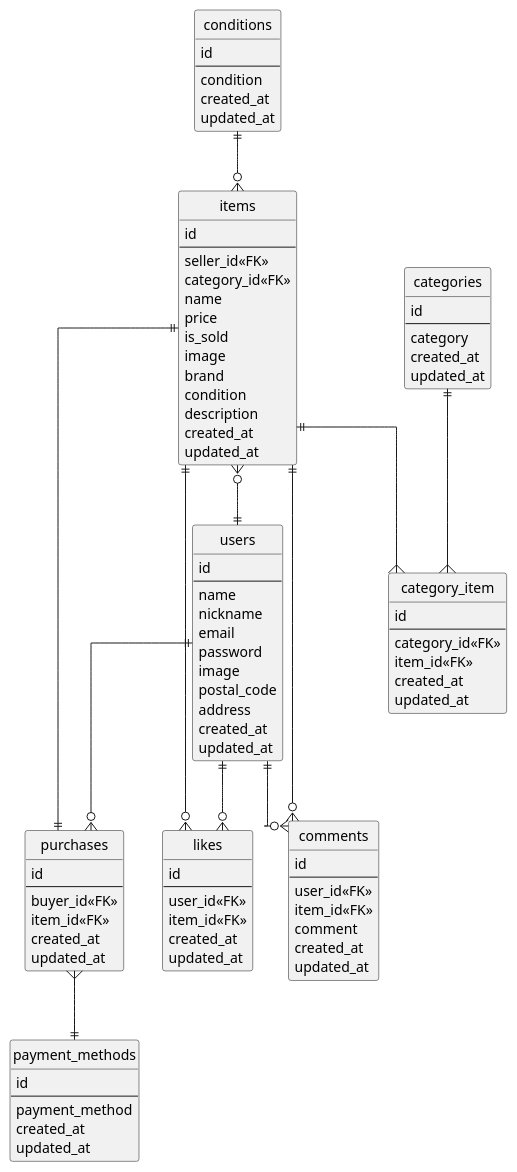
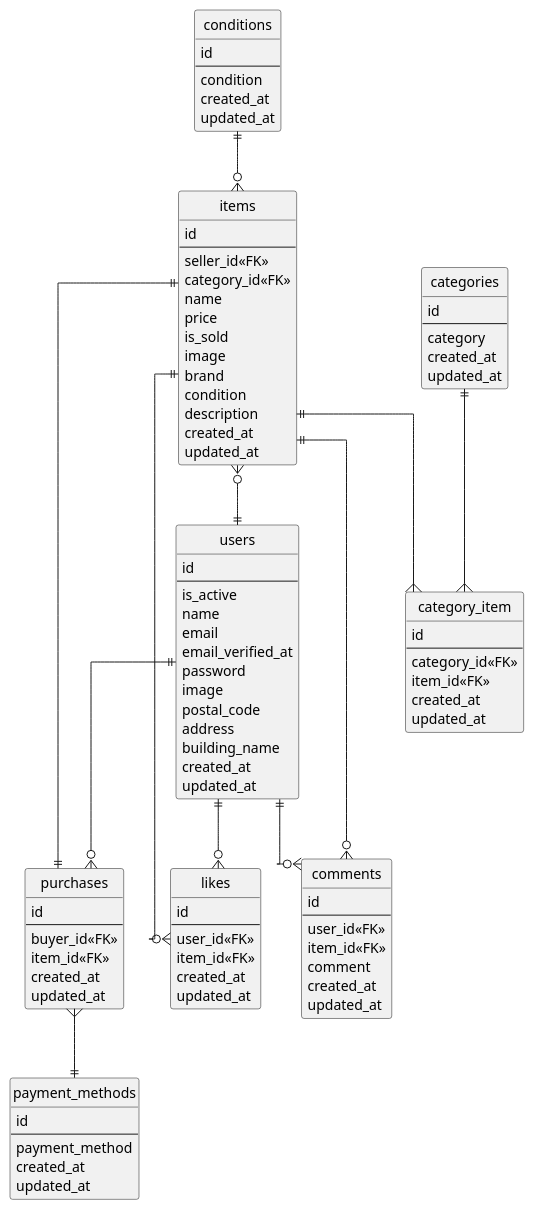
One commit to Atsu-su/carmeri changed the diagram in img/carmeri.plantuml. Above: the diagram before and after it, drawn with PlantUML. The commit also changed 30 other files, not shown here.

```diff
--- a/img/carmeri.plantuml
+++ b/img/carmeri.plantuml
@@ -1,111 +1,113 @@
 @startuml carmeri
 ' hide the spot
 hide circle
 
 ' avoid problems with angled crows feet
 skinparam linetype ortho
 
 entity "users" as users {
   id
   --
+  is_active
   name
-  nickname
   email
+  email_verified_at
   password
   image
   postal_code
   address
+  building_name
   created_at
   updated_at
 }
 
 entity "categories" as categories {
   id
   --
   category
   created_at
   updated_at
 }
 
 entity "conditions" as conditions {
   id
   --
   condition
   created_at
   updated_at
 }
 
 entity "category_item" as category_item {
   id
   --
   category_id<<FK>>
   item_id<<FK>>
   created_at
   updated_at
 }
 
 entity "items" as items {
   id
   --
   seller_id<<FK>>
   category_id<<FK>>
   name
   price
   is_sold
   image
   brand
   condition
   description
   created_at
   updated_at
 }
 
 entity "payment_methods" as payment_methods {
   id
   --
   payment_method
   created_at
   updated_at
 }
 
 entity "purchases" as purchases {
   id
   --
   buyer_id<<FK>>
   item_id<<FK>>
   created_at
   updated_at
 }
 
 entity "likes" as likes {
   id
   --
   user_id<<FK>>
   item_id<<FK>>
   created_at
   updated_at
 }
 
 entity "comments" as comments {
   id
   --
   user_id<<FK>>
   item_id<<FK>>
   comment
   created_at
   updated_at
 }
 
 categories ||--{ category_item
 conditions ||--o{ items
 items ||--{ category_item
 items ||--o{ likes
 items ||--|| purchases
 items ||--o{ comments
 items }o--|| users
 users ||--o{ purchases
 users ||--o{ likes
 users ||--o{ comments
 purchases }--|| payment_methods
 
 @enduml
```
